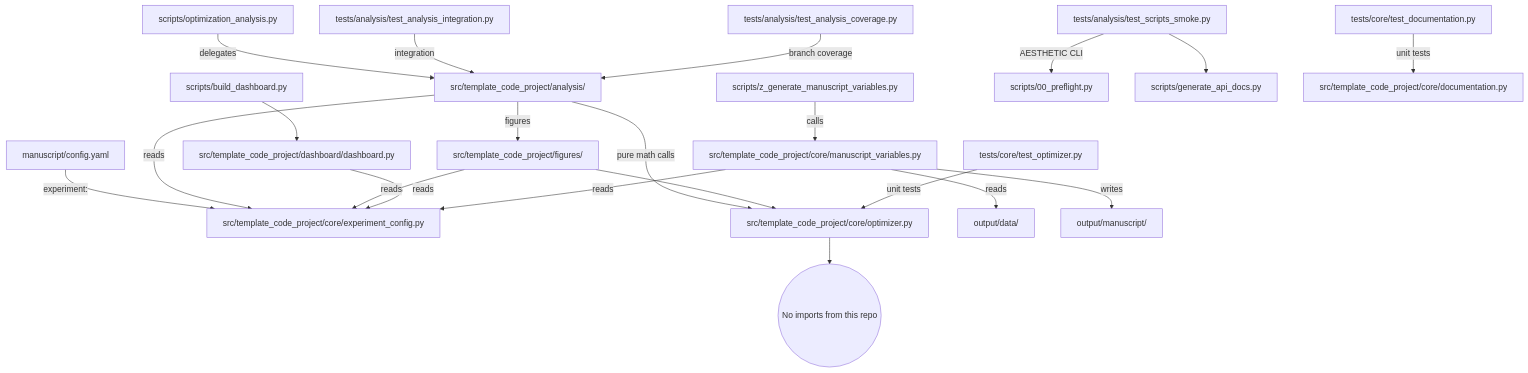
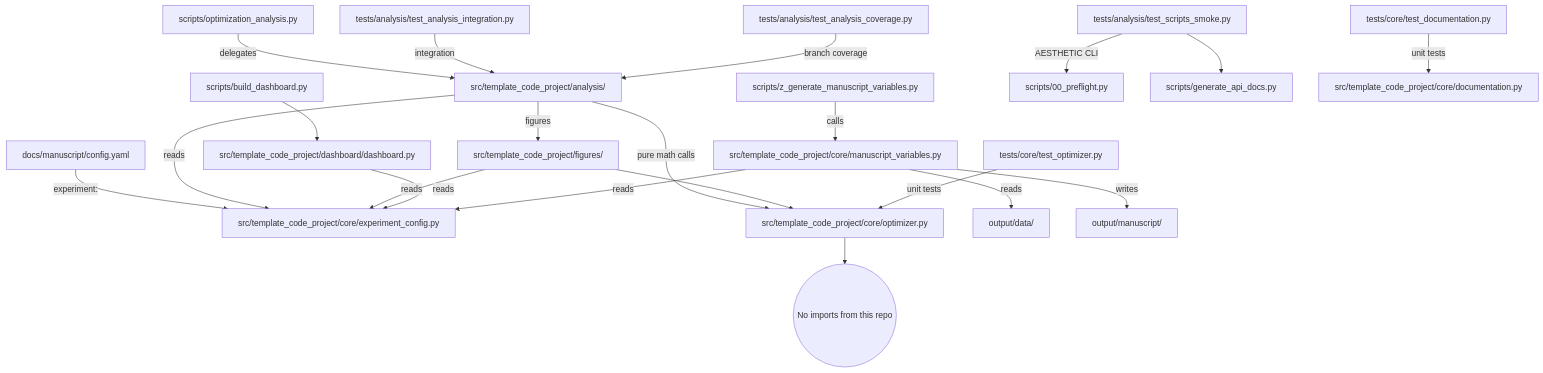
One commit to docxology/template_code_project changed the diagram in docs/architecture.md. Above: the diagram before and after it, drawn with Mermaid. The commit also changed other lines of this file and 67 other files, not shown here.

````diff
--- a/docs/architecture.md
+++ b/docs/architecture.md
@@ -26,28 +26,28 @@
 ```mermaid
 graph TD
-    YAML[manuscript/config.yaml] -->|experiment:| CFG[src/template_code_project/core/experiment_config.py]
+    YAML[docs/manuscript/config.yaml] -->|experiment:| CFG[src/template_code_project/core/experiment_config.py]
 
     A[scripts/optimization_analysis.py] -->|delegates| A2[src/template_code_project/analysis/]
     A2 -->|reads| CFG
     A2 -->|pure math calls| B[src/template_code_project/core/optimizer.py]
     A2 -->|figures| FIG[src/template_code_project/figures/]
     FIG -->|reads| CFG
     FIG --> B
 
     DB[scripts/build_dashboard.py] --> DASH[src/template_code_project/dashboard/dashboard.py]
     DASH -->|reads| CFG
 
     I[scripts/z_generate_manuscript_variables.py] -->|calls| I2[src/template_code_project/core/manuscript_variables.py]
     I2 -->|reads| CFG
     I2 -->|reads| J[output/data/]
     I2 -->|writes| K[output/manuscript/]
 
     L[tests/core/test_optimizer.py] -->|unit tests| B
     M[tests/analysis/test_analysis_integration.py] -->|integration| A2
     MAC[tests/analysis/test_analysis_coverage.py] -->|branch coverage| A2
     TSS[tests/analysis/test_scripts_smoke.py] -->|AESTHETIC CLI| PF[scripts/00_preflight.py]
     TSS --> GD[scripts/generate_api_docs.py]
     TDOC[tests/core/test_documentation.py] -->|unit tests| DOC[src/template_code_project/core/documentation.py]
 
     B --> N((No imports from this repo))
 ```
````
